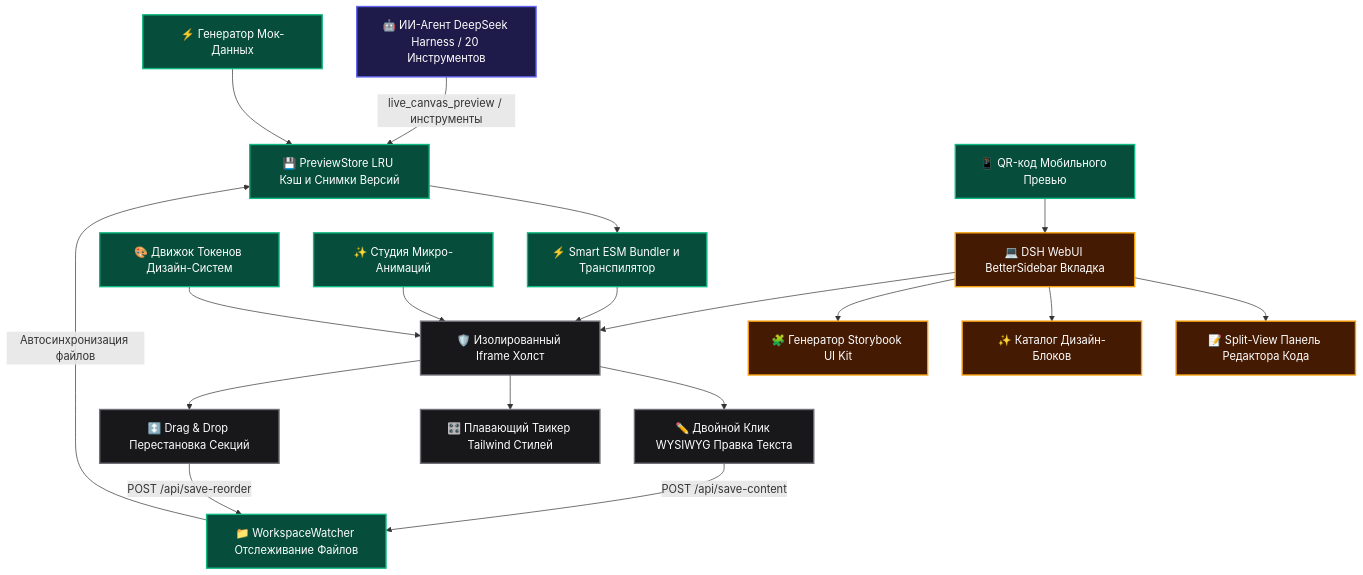
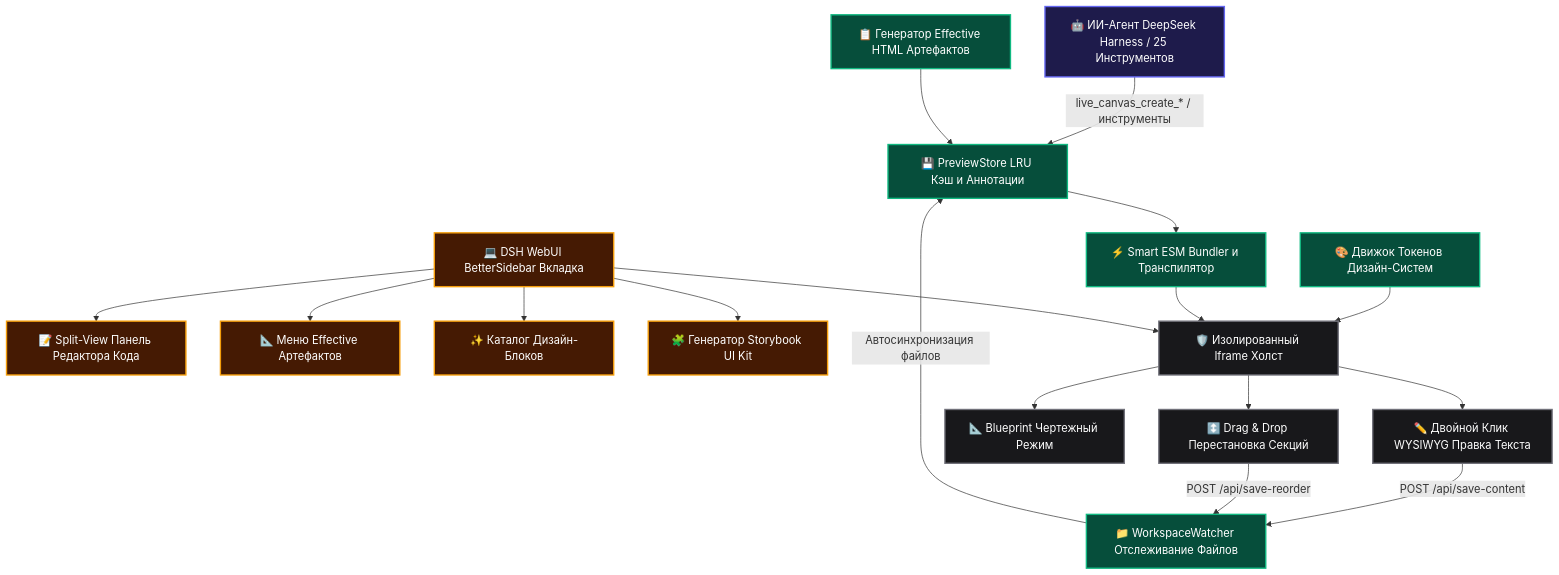
One commit to GooDAnDReaDY/dsh-live-canvas changed the diagram in README.ru.md. Above: the diagram before and after it, drawn with Mermaid. The commit also changed other lines of this file and 13 other files, not shown here.

````diff
--- a/README.ru.md
+++ b/README.ru.md
@@ -42,46 +41,44 @@
 ```mermaid
 graph TD
     classDef agent fill:#1e1b4b,stroke:#6366f1,stroke-width:2px,color:#fff;
     classDef core fill:#064e3b,stroke:#10b981,stroke-width:2px,color:#fff;
     classDef ui fill:#451a03,stroke:#f59e0b,stroke-width:2px,color:#fff;
     classDef sandbox fill:#18181b,stroke:#71717a,stroke-width:2px,color:#fff;
 
-    Agent[🤖 ИИ-Агент DeepSeek Harness / 20 Инструментов]:::agent
-    Store[💾 PreviewStore LRU Кэш и Снимки Версий]:::core
+    Agent[🤖 ИИ-Агент DeepSeek Harness / 25 Инструментов]:::agent
+    Store[💾 PreviewStore LRU Кэш и Аннотации]:::core
     Watcher[📁 WorkspaceWatcher Отслеживание Файлов]:::core
     Bundler[⚡ Smart ESM Bundler и Транспилятор]:::core
+    Artifacts[📋 Генератор Effective HTML Артефактов]:::core
     Themes[🎨 Движок Токенов Дизайн-Систем]:::core
-    Faker[⚡ Генератор Мок-Данных]:::core
-    Motion[✨ Студия Микро-Анимаций]:::core
-    Share[📱 QR-код Мобильного Превью]:::core
 
     WebUI[💻 DSH WebUI BetterSidebar Вкладка]:::ui
     EditorDrawer[📝 Split-View Панель Редактора Кода]:::ui
+    ArtifactsModal[📐 Меню Effective Артефактов]:::ui
     BlocksModal[✨ Каталог Дизайн-Блоков]:::ui
     Storybook[🧩 Генератор Storybook UI Kit]:::ui
 
     SandboxFrame[🛡️ Изолированный Iframe Холст]:::sandbox
     WYSIWYG[✏️ Двойной Клик WYSIWYG Правка Текста]:::sandbox
-    StyleTweaker[🎛️ Плавающий Твикер Tailwind Стилей]:::sandbox
+    Blueprint[📐 Blueprint Чертежный Режим]:::sandbox
     DnD[↕️ Drag & Drop Перестановка Секций]:::sandbox
 
-    Agent -->|live_canvas_preview / инструменты| Store
+    Agent -->|live_canvas_create_* / инструменты| Store
     Watcher -->|Автосинхронизация файлов| Store
     Store --> Bundler
+    Artifacts --> Store
     Themes --> SandboxFrame
-    Motion --> SandboxFrame
-    Faker --> Store
-    Share --> WebUI
     Bundler --> SandboxFrame
 
     WebUI --> EditorDrawer
+    WebUI --> ArtifactsModal
     WebUI --> BlocksModal
     WebUI --> Storybook
     WebUI --> SandboxFrame
 
     SandboxFrame --> WYSIWYG
-    SandboxFrame --> StyleTweaker
+    SandboxFrame --> Blueprint
     SandboxFrame --> DnD
     WYSIWYG -->|POST /api/save-content| Watcher
     DnD -->|POST /api/save-reorder| Watcher
 ```
````
